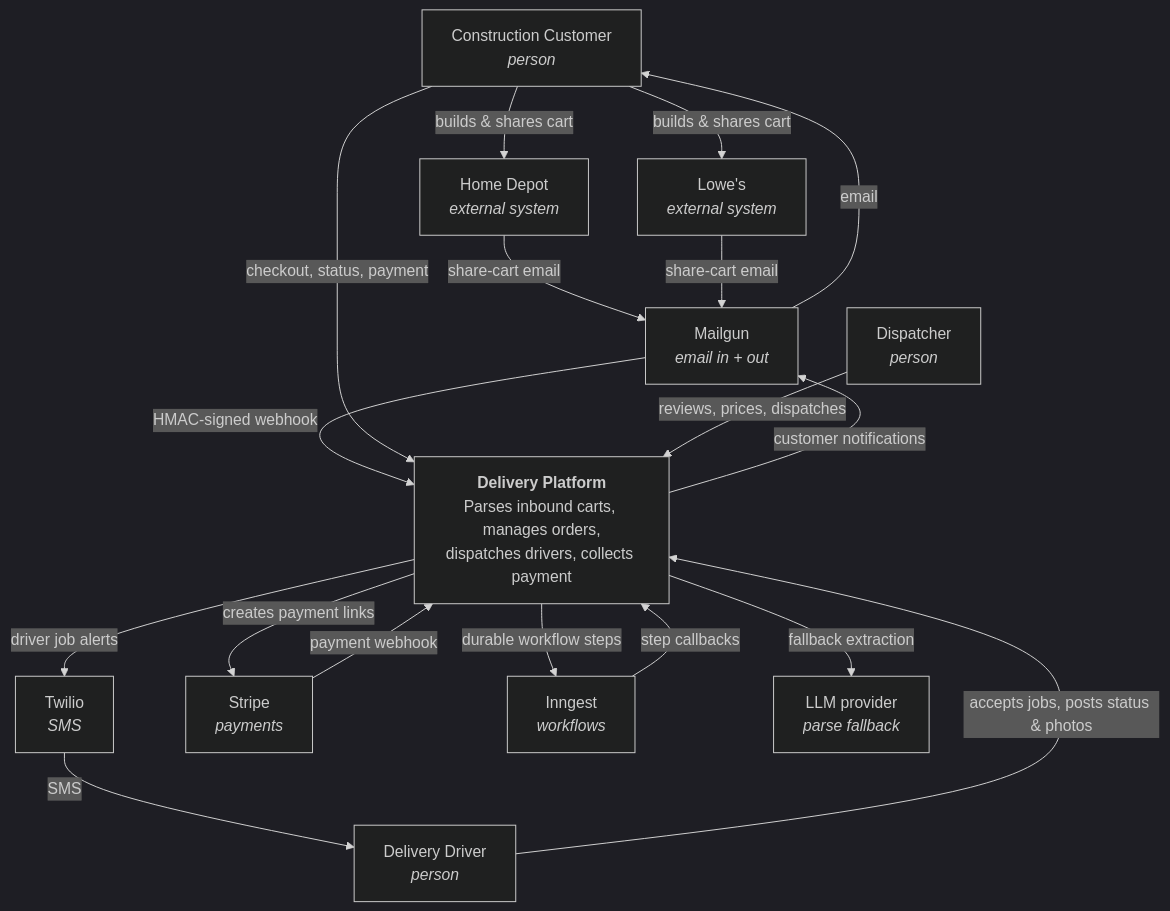
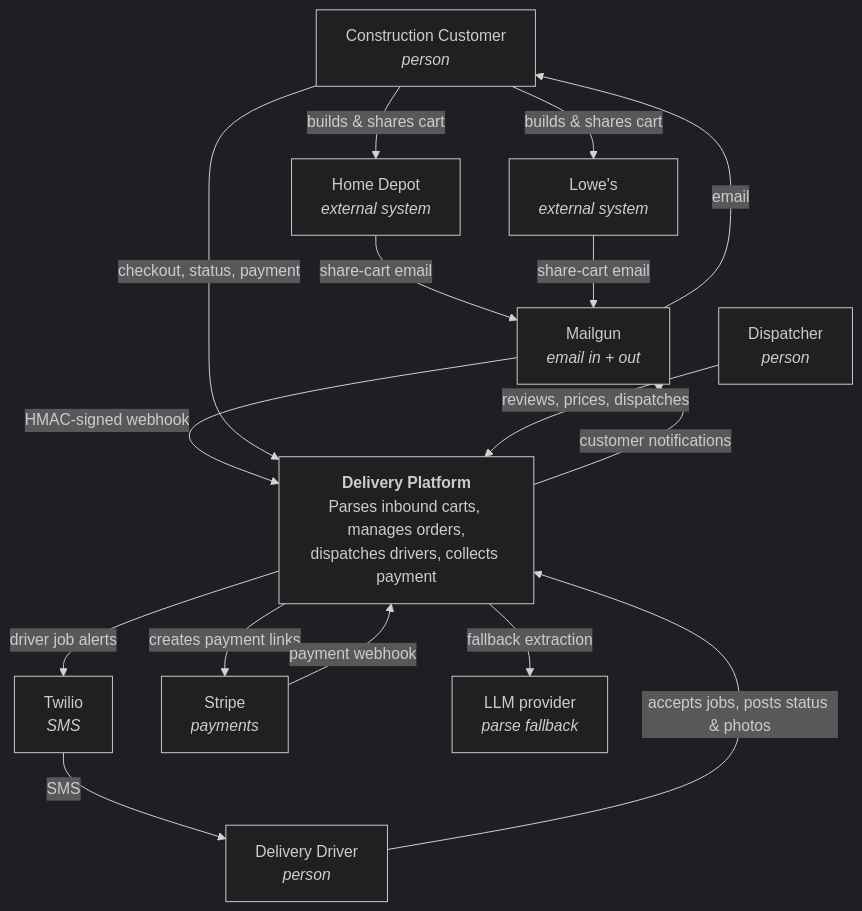
Before and after one commit to apalumbi/DeliveryApp: the diagram in docs/architecture/01-system-context.md, drawn with Mermaid (dark theme). The commit also changed other lines of this file and 22 other files, not shown here.

````diff
--- a/docs/architecture/01-system-context.md
+++ b/docs/architecture/01-system-context.md
@@ -55,36 +54,33 @@
 ```mermaid
 flowchart TB
     Customer["Construction Customer<br/><i>person</i>"]
     Dispatcher["Dispatcher<br/><i>person</i>"]
     Driver["Delivery Driver<br/><i>person</i>"]
 
     Platform["<b>Delivery Platform</b><br/>Parses inbound carts, manages orders,<br/>dispatches drivers, collects payment"]
 
     HD["Home Depot<br/><i>external system</i>"]
     Lowes["Lowe's<br/><i>external system</i>"]
     Mailgun["Mailgun<br/><i>email in + out</i>"]
     Twilio["Twilio<br/><i>SMS</i>"]
     Stripe["Stripe<br/><i>payments</i>"]
-    Inngest["Inngest<br/><i>workflows</i>"]
     LLM["LLM provider<br/><i>parse fallback</i>"]
 
     Customer -->|"builds & shares cart"| HD
     Customer -->|"builds & shares cart"| Lowes
     HD -->|"share-cart email"| Mailgun
     Lowes -->|"share-cart email"| Mailgun
     Mailgun -->|"HMAC-signed webhook"| Platform
 
     Customer -->|"checkout, status, payment"| Platform
     Dispatcher -->|"reviews, prices, dispatches"| Platform
     Driver -->|"accepts jobs, posts status & photos"| Platform
 
     Platform -->|"customer notifications"| Mailgun
     Mailgun -->|"email"| Customer
     Platform -->|"driver job alerts"| Twilio
     Twilio -->|"SMS"| Driver
     Platform -->|"creates payment links"| Stripe
     Stripe -->|"payment webhook"| Platform
-    Platform -->|"durable workflow steps"| Inngest
-    Inngest -->|"step callbacks"| Platform
     Platform -->|"fallback extraction"| LLM
 ```
````
